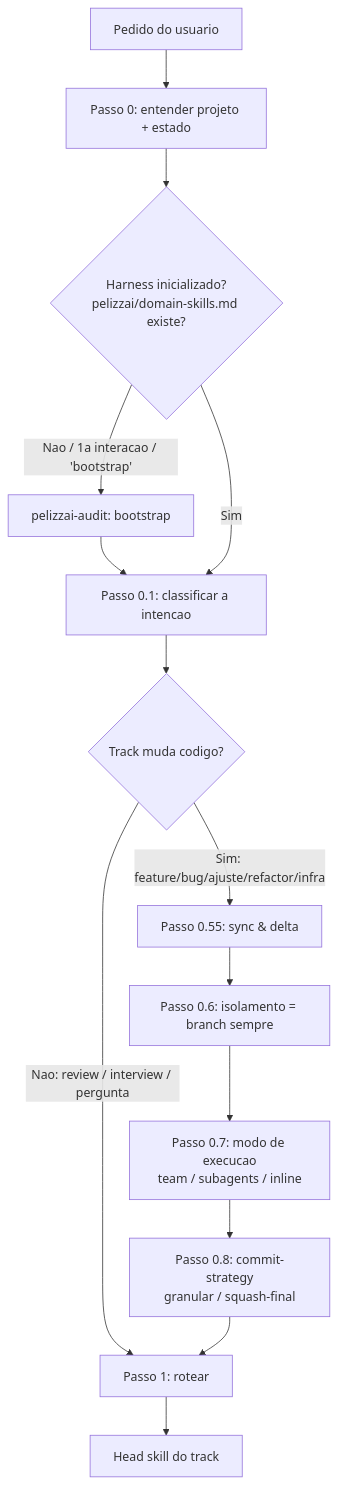
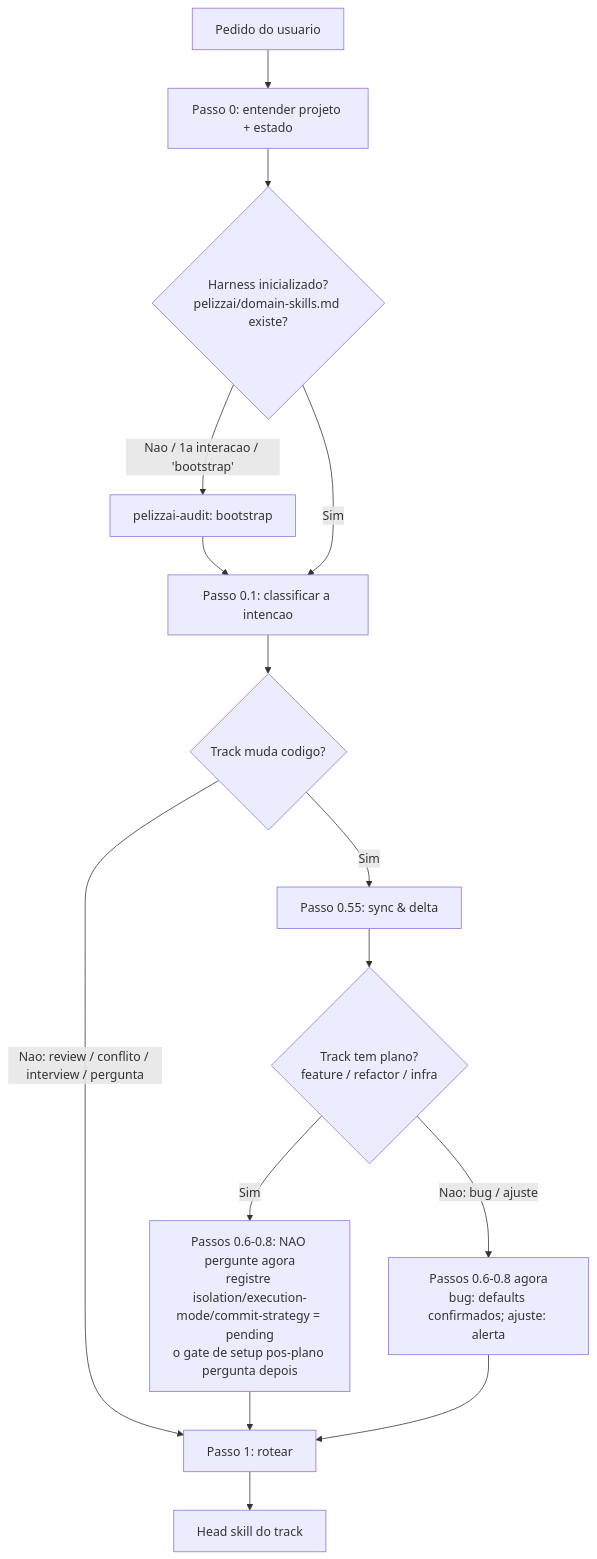
Before and after one commit to rpelizza/PelizzAI: the first of 2 diagrams in .claude/skills/pelizzai-router/SKILL.md, drawn with Mermaid. The commit also changed other lines of this file and 34 other files, not shown here.

````diff
--- a/.claude/skills/pelizzai-router/SKILL.md
+++ b/.claude/skills/pelizzai-router/SKILL.md
@@ -40,16 +43,17 @@
 ```mermaid
 flowchart TD
     A[Pedido do usuario] --> B[Passo 0: entender projeto + estado]
     B --> C{Harness inicializado?\npelizzai/domain-skills.md existe?}
     C -- Nao / 1a interacao / 'bootstrap' --> AUD[pelizzai-audit: bootstrap]
     AUD --> D
     C -- Sim --> D[Passo 0.1: classificar a intencao]
     D --> E{Track muda codigo?}
-    E -- Nao: review / interview / pergunta --> R[Passo 1: rotear]
-    E -- Sim: feature/bug/ajuste/refactor/infra --> F[Passo 0.55: sync & delta]
-    F --> G[Passo 0.6: isolamento = branch sempre]
-    G --> H[Passo 0.7: modo de execucao\nteam / subagents / inline]
-    H --> I[Passo 0.8: commit-strategy\ngranular / squash-final]
-    I --> R
+    E -- Nao: review / conflito / interview / pergunta --> R[Passo 1: rotear]
+    E -- Sim --> F[Passo 0.55: sync & delta]
+    F --> G{Track tem plano?\nfeature / refactor / infra}
+    G -- Sim --> DEFER[Passos 0.6-0.8: NAO pergunte agora\nregistre isolation/execution-mode/commit-strategy = pending\no gate de setup pos-plano pergunta depois]
+    G -- Nao: bug / ajuste --> NOW[Passos 0.6-0.8 agora\nbug: defaults confirmados; ajuste: alerta]
+    DEFER --> R
+    NOW --> R
     R --> Z[Head skill do track]
 ```
````
